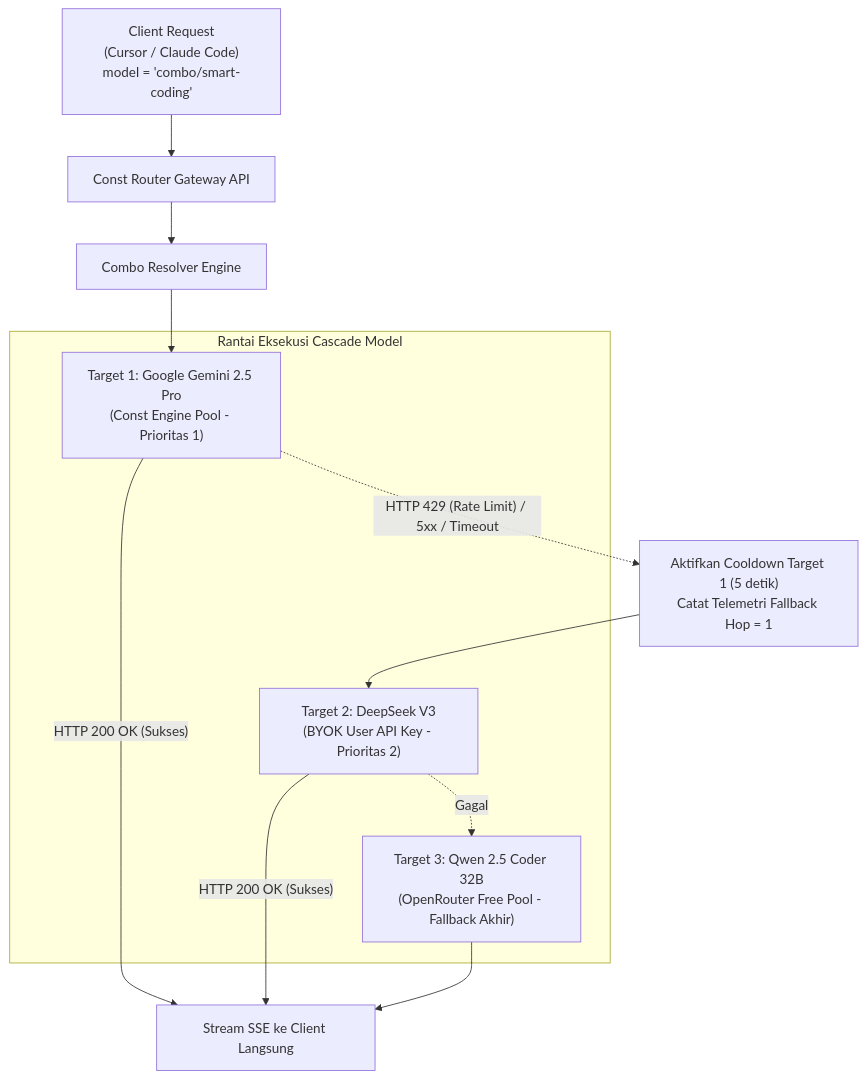
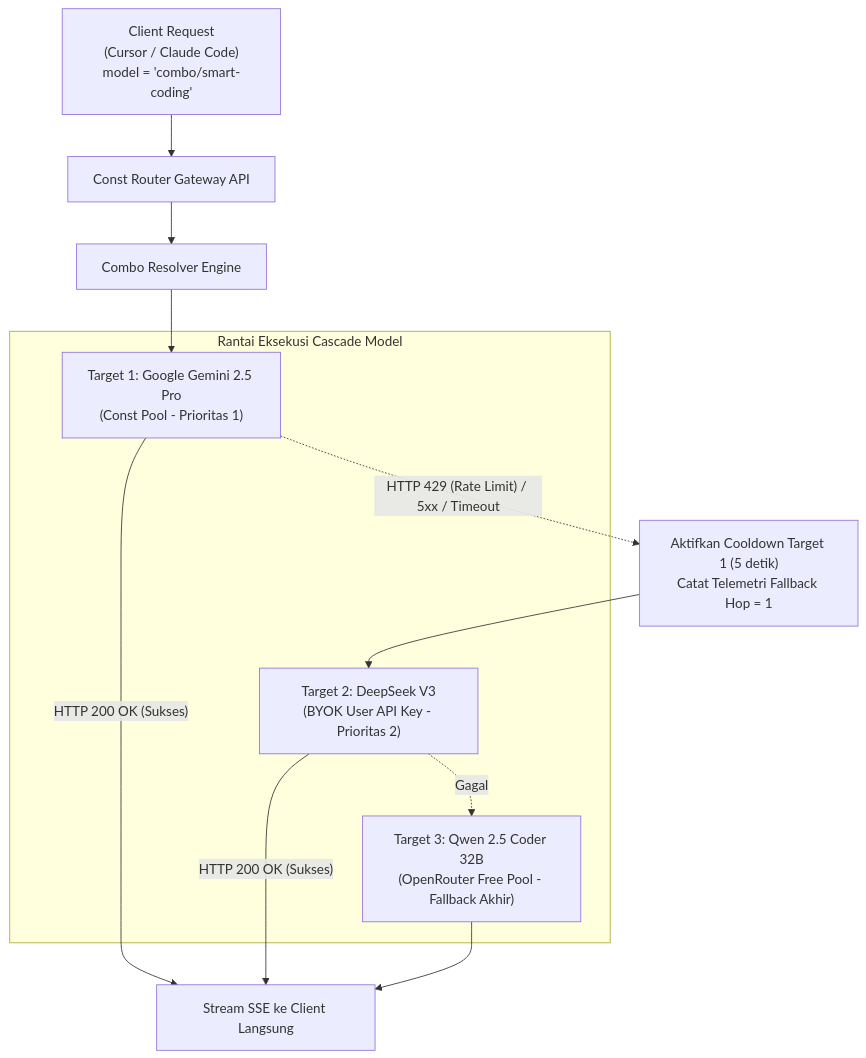
One commit to alifconstantine/const changed the third of 7 diagrams in arsitektur.md. Above: the diagram before and after it, drawn with Mermaid. The commit also changed other lines of this file and 11 other files, not shown here.

Commit message:
refactor(providers): remove lines, rename Const Engine to Const, and align View button to right

````diff
--- a/arsitektur.md
+++ b/arsitektur.md
@@ -553,19 +553,19 @@
 ```mermaid
 flowchart TD
     Client["Client Request\n(Cursor / Claude Code)\nmodel = 'combo/smart-coding'"] --> Gateway["Const Router Gateway API"]
     Gateway --> Resolver["Combo Resolver Engine"]
 
     subgraph CascadeChain["Rantai Eksekusi Cascade Model"]
-        M1["Target 1: Google Gemini 2.5 Pro\n(Const Engine Pool - Prioritas 1)"]
+        M1["Target 1: Google Gemini 2.5 Pro\n(Const Pool - Prioritas 1)"]
         M2["Target 2: DeepSeek V3\n(BYOK User API Key - Prioritas 2)"]
         M3["Target 3: Qwen 2.5 Coder 32B\n(OpenRouter Free Pool - Fallback Akhir)"]
     end
 
     Resolver --> M1
     M1 -- "HTTP 200 OK (Sukses)" --> SSEPass["Stream SSE ke Client Langsung"]
     M1 -.->|"HTTP 429 (Rate Limit) / 5xx / Timeout"| Cooldown["Aktifkan Cooldown Target 1 (5 detik)\nCatat Telemetri Fallback Hop = 1"]
     Cooldown --> M2
     M2 -- "HTTP 200 OK (Sukses)" --> SSEPass
     M2 -.->|"Gagal"| M3
     M3 --> SSEPass
 ```
````
